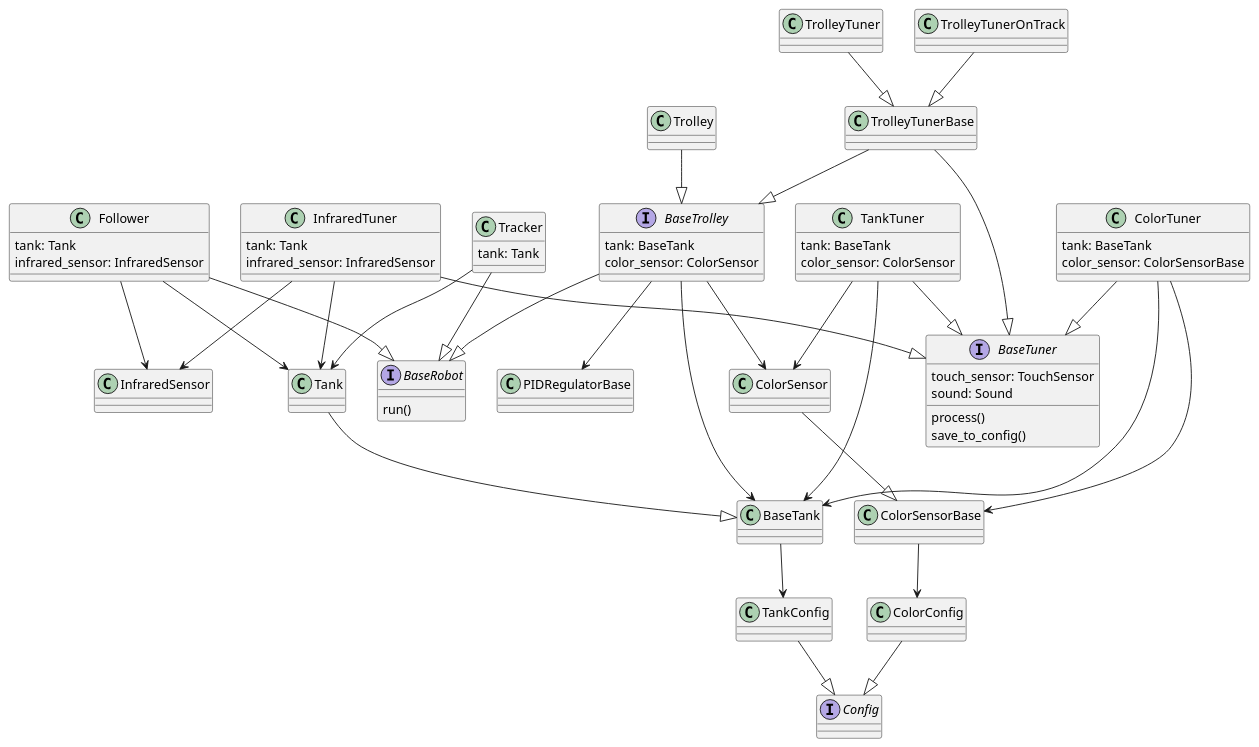
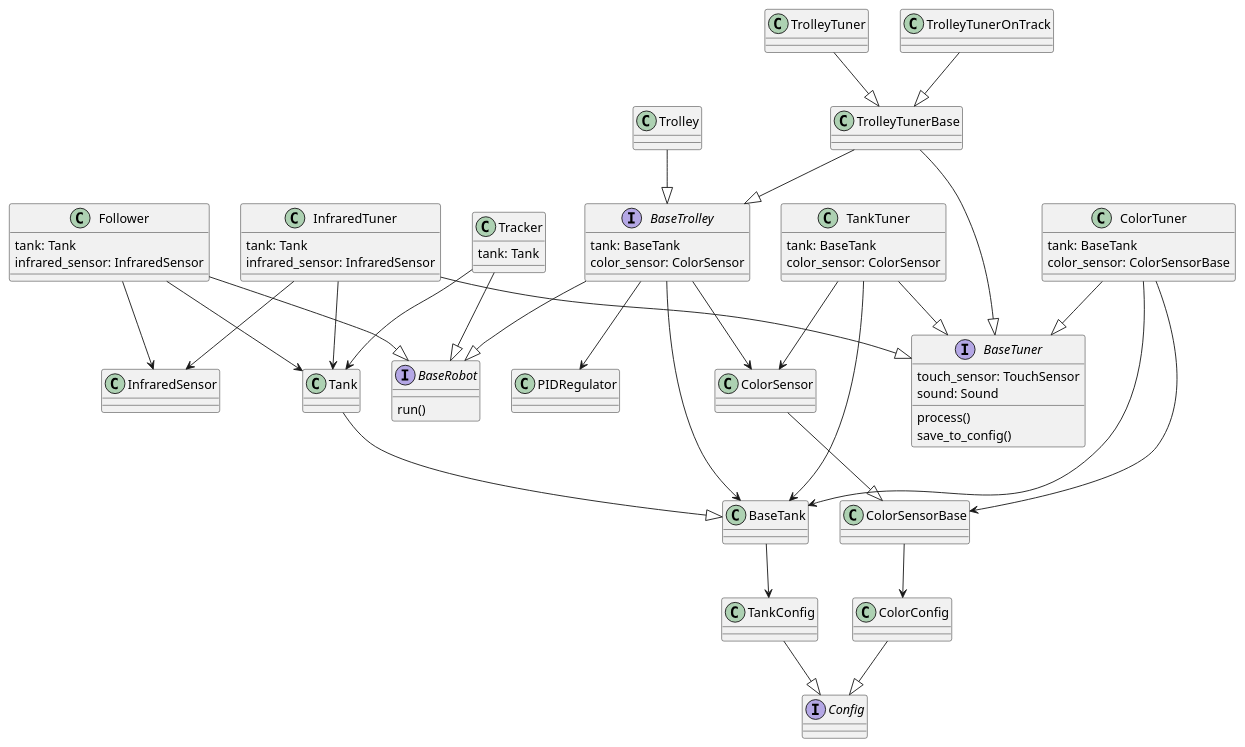
The diagram in diagrams/class_diagram.puml (sirejik/eva), drawn with PlantUML before and after one commit. The commit also changed 7 other files, not shown here.

```diff
--- a/diagrams/class_diagram.puml
+++ b/diagrams/class_diagram.puml
@@ -1,111 +1,111 @@
 @startuml
 
 interface Config {
 }
 
 class TankConfig {
 }
 TankConfig --|> Config
 
 class ColorConfig {
 }
 ColorConfig --|> Config
 
-class PIDRegulatorBase {
+class PIDRegulator {
 }
 
 class ColorSensorBase {
 }
 ColorSensorBase --> ColorConfig
 
 class ColorSensor {
 }
 ColorSensor --|> ColorSensorBase
 
 class InfraredSensor {
 }
 
 class BaseTank {
 }
 BaseTank --> TankConfig
 
 class Tank {
 }
 Tank --|> BaseTank
 
 interface BaseRobot {
     run()
 }
 
 interface BaseTrolley {
         tank: BaseTank
         color_sensor: ColorSensor
 }
 BaseTrolley --|> BaseRobot
 BaseTrolley --> BaseTank
 BaseTrolley --> ColorSensor
-BaseTrolley --> PIDRegulatorBase
+BaseTrolley --> PIDRegulator
 
 class Follower {
         tank: Tank
         infrared_sensor: InfraredSensor
 }
 Follower --|> BaseRobot
 Follower --> Tank
 Follower --> InfraredSensor
 
 class Tracker {
         tank: Tank
 }
 Tracker --|> BaseRobot
 Tracker --> Tank
 
 class Trolley {
 }
 Trolley --|> BaseTrolley
 
 interface BaseTuner {
         touch_sensor: TouchSensor
         sound: Sound
         process()
         save_to_config()
 }
 
 class ColorTuner {
         tank: BaseTank
         color_sensor: ColorSensorBase
 }
 ColorTuner --|> BaseTuner
 ColorTuner --> BaseTank
 ColorTuner --> ColorSensorBase
 
 class InfraredTuner {
         tank: Tank
         infrared_sensor: InfraredSensor
 }
 InfraredTuner --|> BaseTuner
 InfraredTuner --> Tank
 InfraredTuner --> InfraredSensor
 
 class TankTuner {
         tank: BaseTank
         color_sensor: ColorSensor
 }
 TankTuner --|> BaseTuner
 TankTuner --> BaseTank
 TankTuner --> ColorSensor
 
 class TrolleyTunerBase {
 }
 TrolleyTunerBase --|> BaseTrolley
 TrolleyTunerBase --|> BaseTuner
 
 class TrolleyTuner {
 }
 TrolleyTuner --|> TrolleyTunerBase
 
 class TrolleyTunerOnTrack {
 }
 TrolleyTunerOnTrack --|> TrolleyTunerBase
 
 @enduml
```
